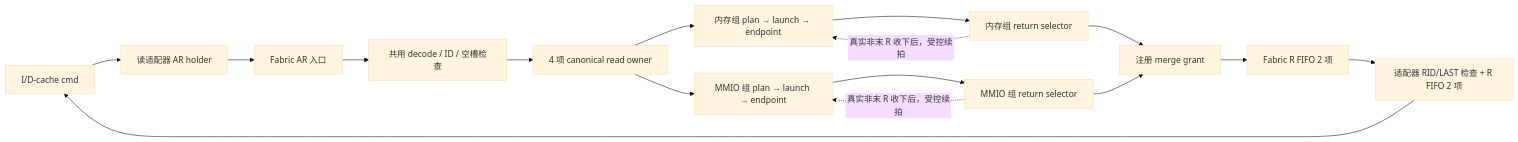
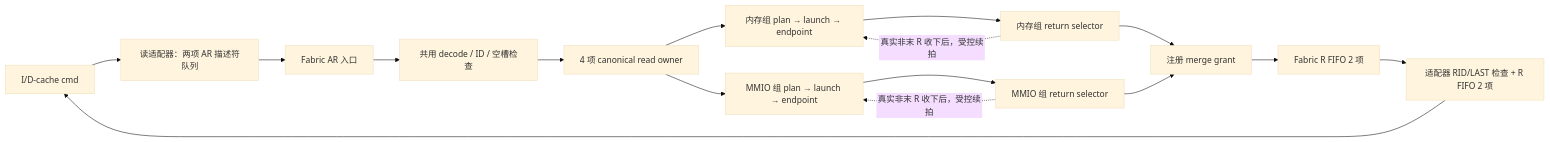
Before and after one commit to mcsaver/oscpu: the second of 2 diagrams in npc/rv64/vsrc/bus/TOPOLOGY.md, drawn with Mermaid (base theme). The commit also changed other lines of this file and 227 other files, not shown here.

````diff
--- a/npc/rv64/vsrc/bus/TOPOLOGY.md
+++ b/npc/rv64/vsrc/bus/TOPOLOGY.md
@@ -125,18 +131,18 @@
 ```mermaid
 flowchart LR
-  C["I/D-cache cmd"] --> A["读适配器 AR holder"]
+  C["I/D-cache cmd"] --> A["读适配器：两项 AR 描述符队列"]
   A --> I["Fabric AR 入口"]
   I --> D["共用 decode / ID / 空槽检查"]
   D --> O["4 项 canonical read owner"]
   O --> M["内存组 plan → launch → endpoint"]
   O --> P["MMIO 组 plan → launch → endpoint"]
   M --> MR["内存组 return selector"]
   P --> PR["MMIO 组 return selector"]
   MR --> X["注册 merge grant"]
   PR --> X
   X --> Q["Fabric R FIFO 2 项"]
   Q --> B["适配器 RID/LAST 检查 + R FIFO 2 项"]
   B --> C
   MR -. "真实非末 R 收下后，受控续拍" .-> M
   PR -. "真实非末 R 收下后，受控续拍" .-> P
 ```
````
